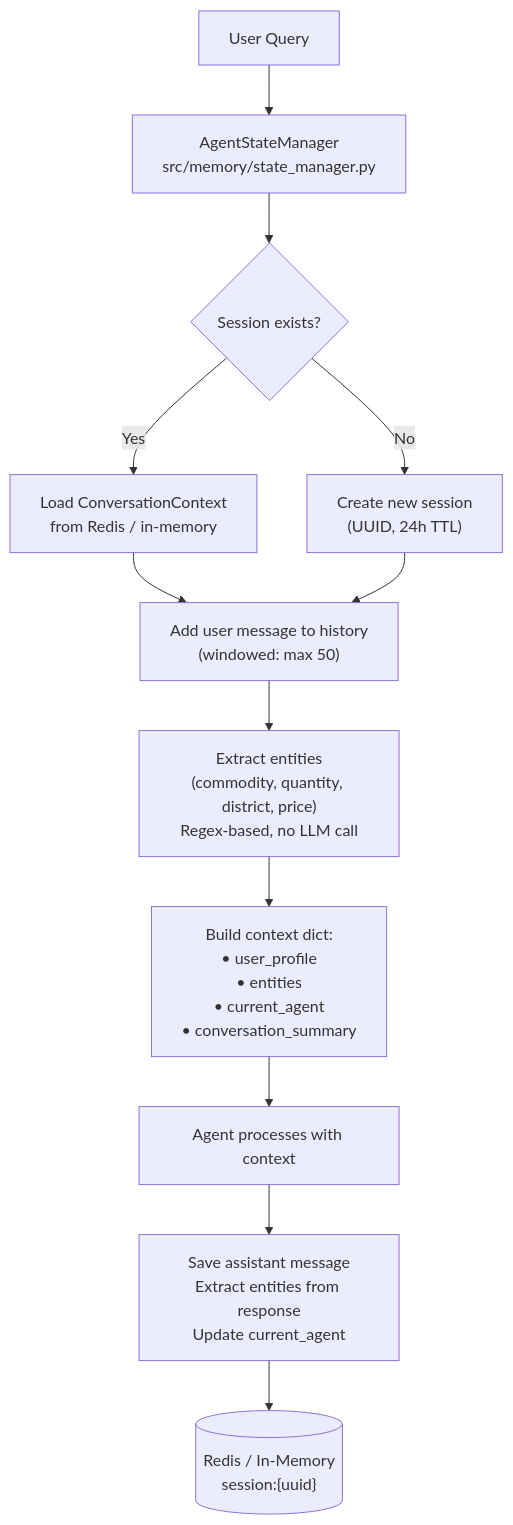
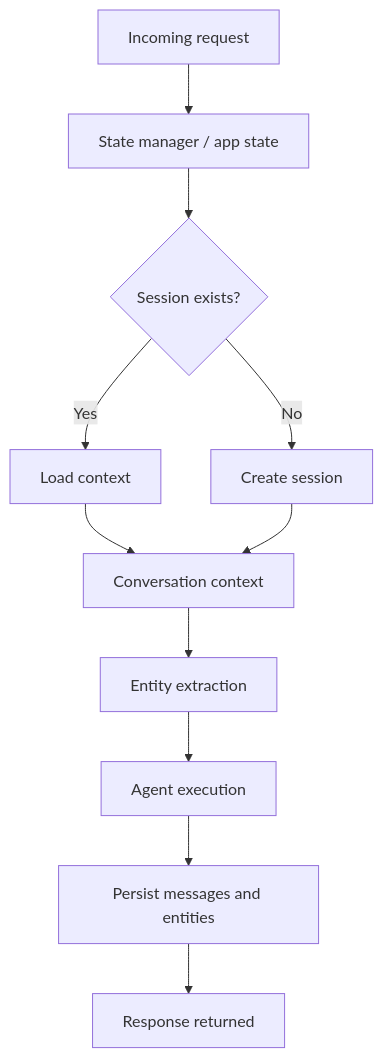
The fifth of 6 diagrams in docs/architecture/data-flow.md (cropfresh/Cropfresh_Ai), drawn with Mermaid before and after one commit. The commit also changed other lines of this file and 51 other files, not shown here.

````diff
--- a/docs/architecture/data-flow.md
+++ b/docs/architecture/data-flow.md
@@ -298,15 +117,13 @@
 ```mermaid
 flowchart TD
-    Q["User Query"] --> SM["AgentStateManager<br/>src/memory/state_manager.py"]
-
-    SM --> GET{"Session exists?"}
-    GET -->|Yes| LOAD["Load ConversationContext<br/>from Redis / in-memory"]
-    GET -->|No| CREATE["Create new session<br/>(UUID, 24h TTL)"]
-
-    LOAD & CREATE --> MSG["Add user message to history<br/>(windowed: max 50)"]
-    MSG --> EXT["Extract entities<br/>(commodity, quantity, district, price)<br/>Regex-based, no LLM call"]
-    EXT --> CTX["Build context dict:<br/>• user_profile<br/>• entities<br/>• current_agent<br/>• conversation_summary"]
-    CTX --> AGENT["Agent processes with context"]
-    AGENT --> SAVE["Save assistant message<br/>Extract entities from response<br/>Update current_agent"]
-    SAVE --> REDIS[("Redis / In-Memory<br/>session:{uuid}")]
+    REQ["Incoming request"] --> STATE["State manager / app state"]
+    STATE --> EXISTS{"Session exists?"}
+    EXISTS -->|Yes| LOAD["Load context"]
+    EXISTS -->|No| CREATE["Create session"]
+    LOAD --> CTX["Conversation context"]
+    CREATE --> CTX
+    CTX --> EXTRACT["Entity extraction"]
+    EXTRACT --> AGENT["Agent execution"]
+    AGENT --> SAVE["Persist messages and entities"]
+    SAVE --> OUT["Response returned"]
 ```
````
